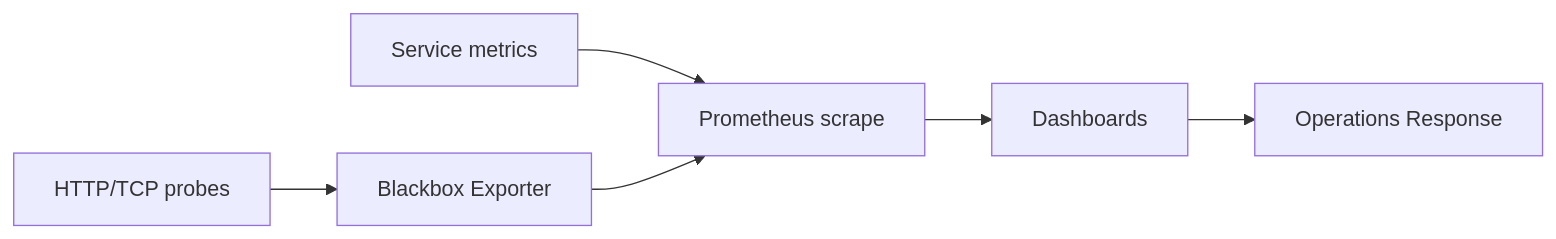
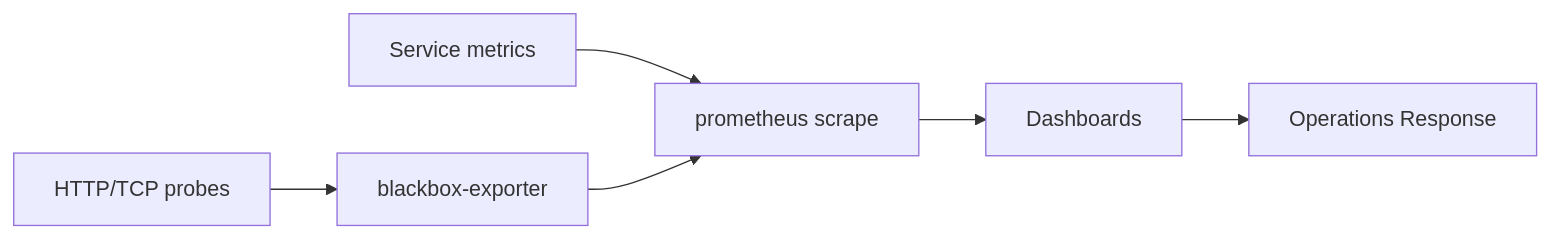
One commit to paulchen8206/Full-Stack-Modern-Data-Architecture-and-Engineering changed the second of 2 diagrams in observability/readme.md. Above: the diagram before and after it, drawn with Mermaid. The commit also changed other lines of this file and 18 other files, not shown here.

````diff
--- a/observability/readme.md
+++ b/observability/readme.md
@@ -37,8 +37,8 @@
 ```mermaid
 flowchart LR
-	METRICS[Service metrics] --> PROM[Prometheus scrape]
-	PROBES[HTTP/TCP probes] --> BLACKBOX[Blackbox Exporter]
+	METRICS[Service metrics] --> PROM[prometheus scrape]
+	PROBES[HTTP/TCP probes] --> BLACKBOX[blackbox-exporter]
 	BLACKBOX --> PROM
 	PROM --> DASH[Dashboards]
 	DASH --> ALERTS[Operations Response]
 ```
````
